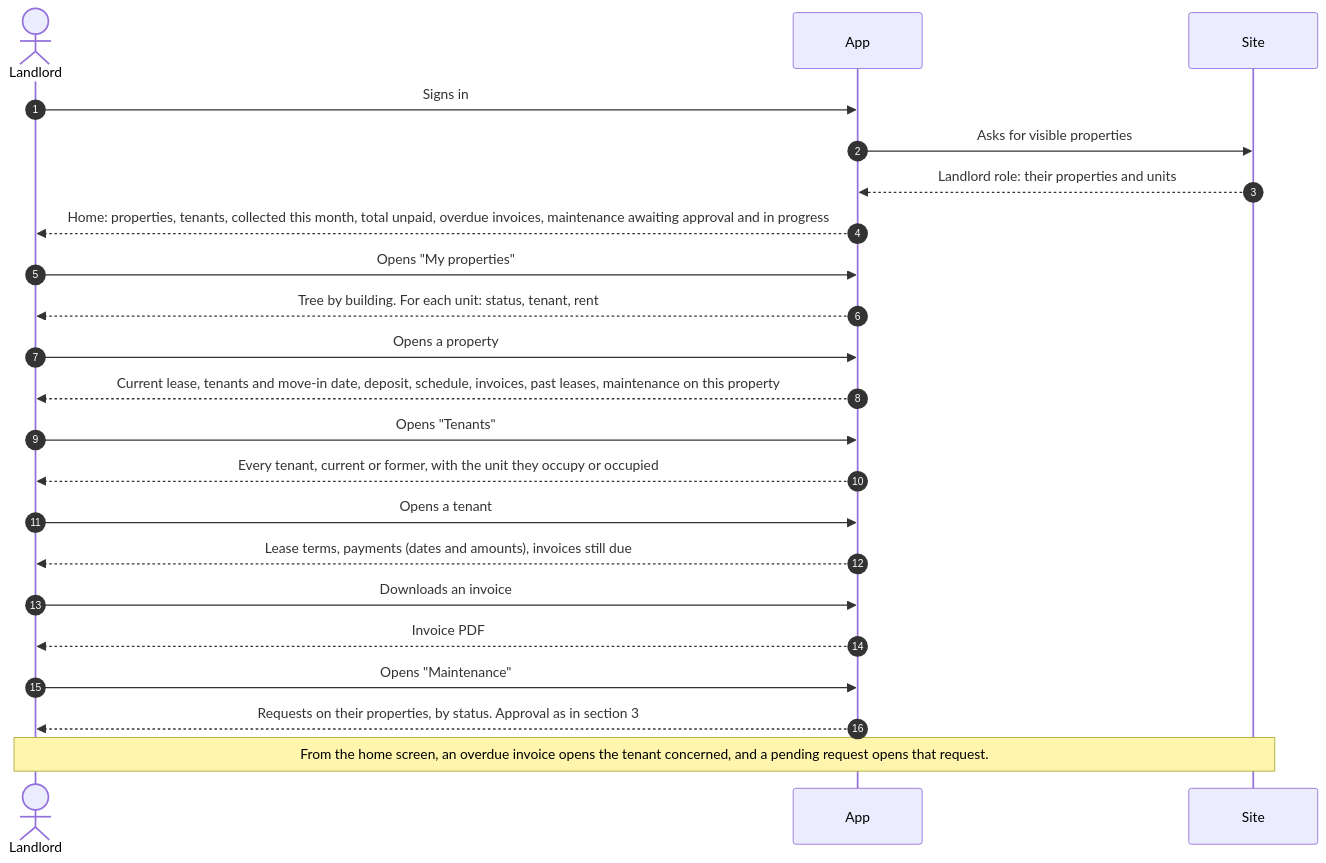
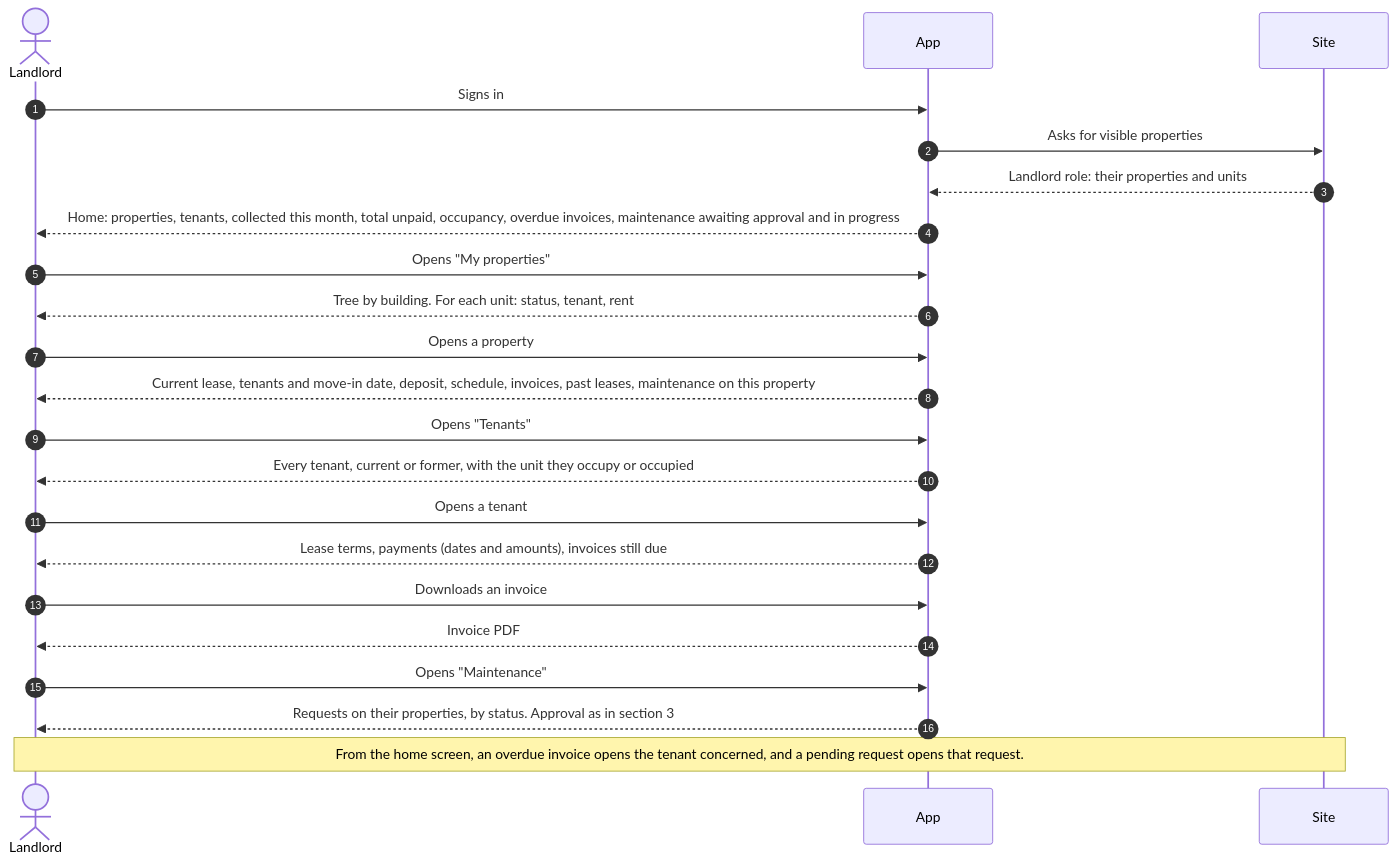
Before and after one commit to skyengpro/skyeng_immo: the fifth of 7 diagrams in doc/app-usage-flows-immo.md, drawn with Mermaid. The commit also changed other lines of this file and 19 other files, not shown here.

````diff
--- a/doc/app-usage-flows-immo.md
+++ b/doc/app-usage-flows-immo.md
@@ -165,25 +167,25 @@
 ```mermaid
 sequenceDiagram
     autonumber
     actor B as Landlord
     participant A as App
     participant D as Site
 
     B->>A: Signs in
     A->>D: Asks for visible properties
     D-->>A: Landlord role: their properties and units
-    A-->>B: Home: properties, tenants, collected this month, total unpaid, overdue invoices, maintenance awaiting approval and in progress
+    A-->>B: Home: properties, tenants, collected this month, total unpaid, occupancy, overdue invoices, maintenance awaiting approval and in progress
     B->>A: Opens "My properties"
     A-->>B: Tree by building. For each unit: status, tenant, rent
     B->>A: Opens a property
     A-->>B: Current lease, tenants and move-in date, deposit, schedule, invoices, past leases, maintenance on this property
     B->>A: Opens "Tenants"
     A-->>B: Every tenant, current or former, with the unit they occupy or occupied
     B->>A: Opens a tenant
     A-->>B: Lease terms, payments (dates and amounts), invoices still due
     B->>A: Downloads an invoice
     A-->>B: Invoice PDF
     B->>A: Opens "Maintenance"
     A-->>B: Requests on their properties, by status. Approval as in section 3
     Note over B,D: From the home screen, an overdue invoice opens the tenant concerned, and a pending request opens that request.
 ```
````
